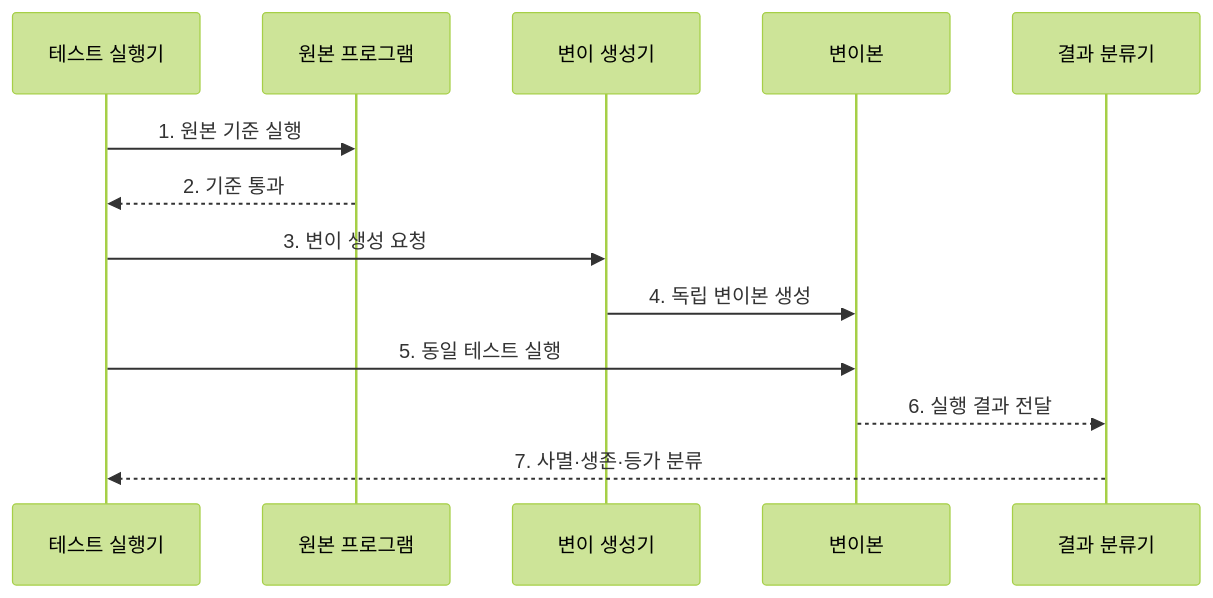
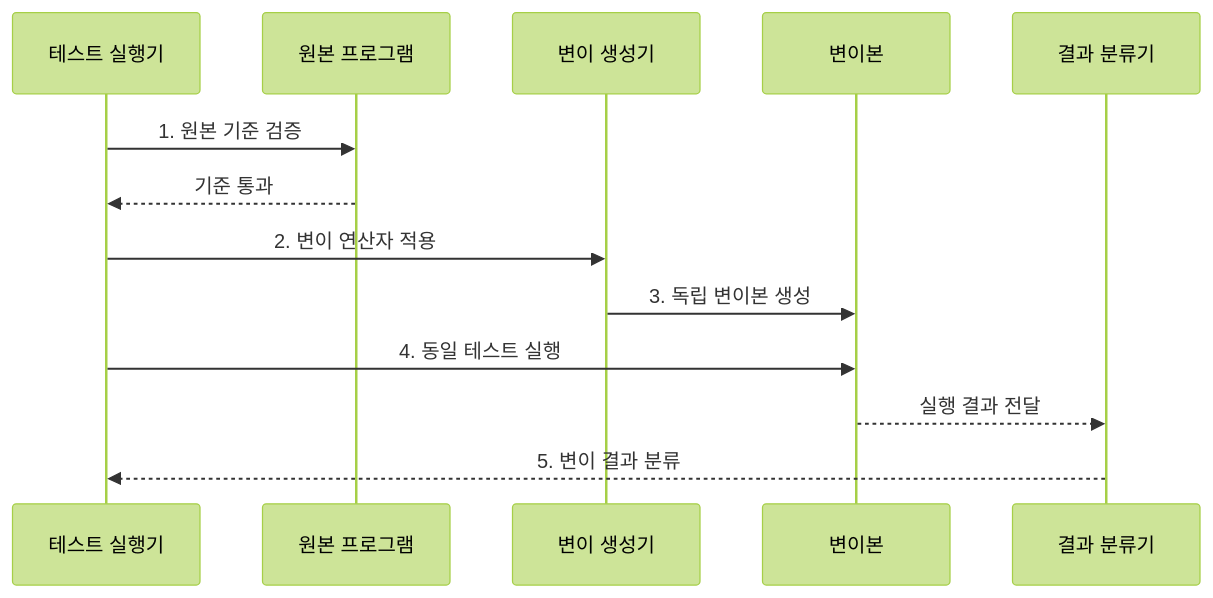
The second of 2 diagrams in src/content/docs/notes/03-software/061_mutation_testing.md (agnusdei1207/knowledge-base), drawn with Mermaid (forest theme) before and after one commit. The commit also changed other lines of this file and 238 other files, not shown here.

````diff
--- a/src/content/docs/notes/03-software/061_mutation_testing.md
+++ b/src/content/docs/notes/03-software/061_mutation_testing.md
@@ -81,15 +81,15 @@
 ```mermaid
 sequenceDiagram
     participant R as 테스트 실행기
     participant O as 원본 프로그램
     participant G as 변이 생성기
     participant M as 변이본
     participant C as 결과 분류기
-    R->>O: 1. 원본 기준 실행
-    O-->>R: 2. 기준 통과
-    R->>G: 3. 변이 생성 요청
-    G->>M: 4. 독립 변이본 생성
-    R->>M: 5. 동일 테스트 실행
-    M-->>C: 6. 실행 결과 전달
-    C-->>R: 7. 사멸·생존·등가 분류
+    R->>O: 1. 원본 기준 검증
+    O-->>R: 기준 통과
+    R->>G: 2. 변이 연산자 적용
+    G->>M: 3. 독립 변이본 생성
+    R->>M: 4. 동일 테스트 실행
+    M-->>C: 실행 결과 전달
+    C-->>R: 5. 변이 결과 분류
 ```
````
